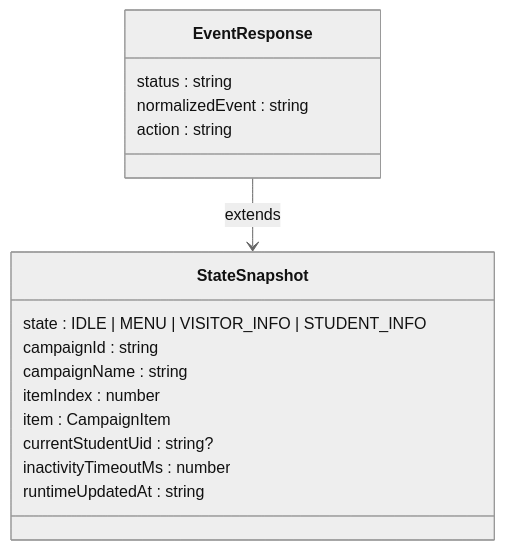
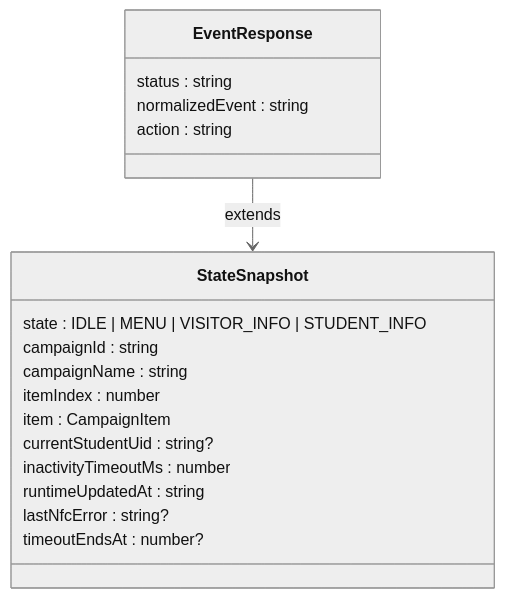
Before and after one commit to fergouchyahya/IDS: the fourth of 4 diagrams in docs/api/player.md, drawn with Mermaid (neutral theme). The commit also changed other lines of this file and 42 other files, not shown here.

````diff
--- a/docs/api/player.md
+++ b/docs/api/player.md
@@ -219,21 +222,23 @@
 ```mermaid
 classDiagram
     class StateSnapshot {
         state : IDLE | MENU | VISITOR_INFO | STUDENT_INFO
         campaignId : string
         campaignName : string
         itemIndex : number
         item : CampaignItem
         currentStudentUid : string?
         inactivityTimeoutMs : number
         runtimeUpdatedAt : string
+        lastNfcError : string?
+        timeoutEndsAt : number?
     }
 
     class EventResponse {
         status : string
         normalizedEvent : string
         action : string
     }
 
     EventResponse --> StateSnapshot : extends
 ```
````
